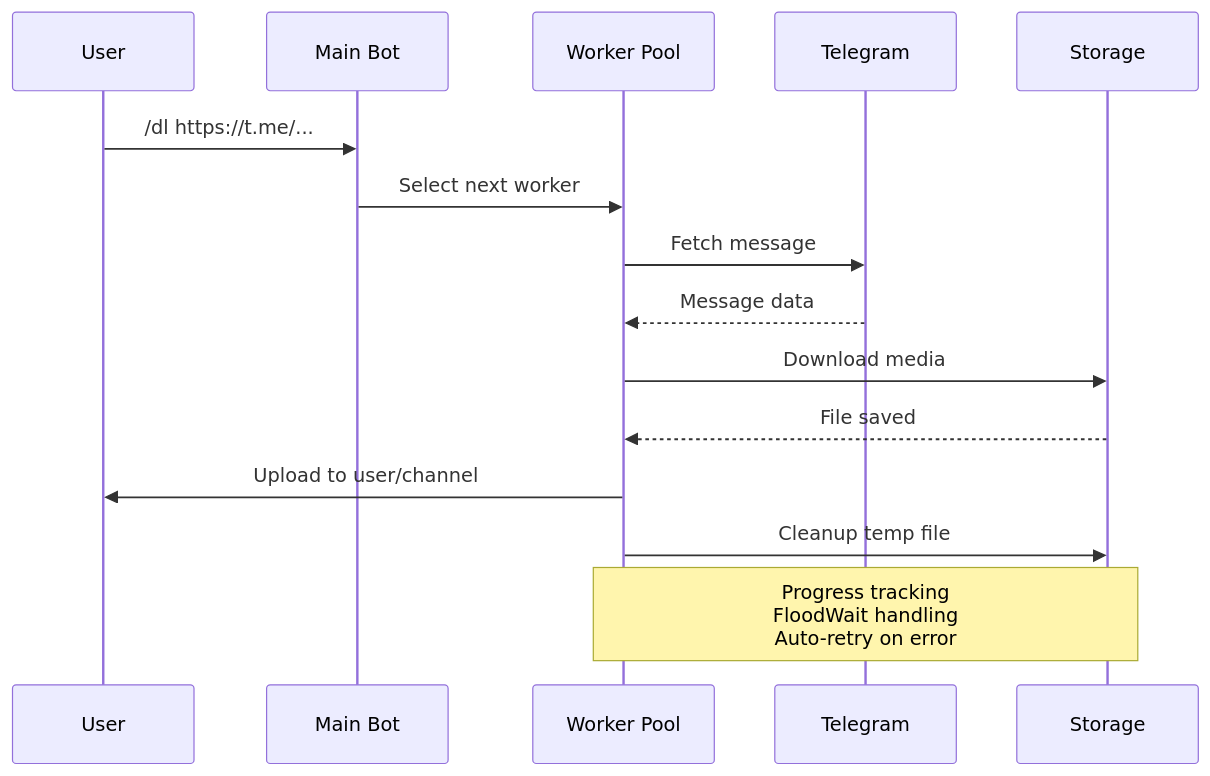
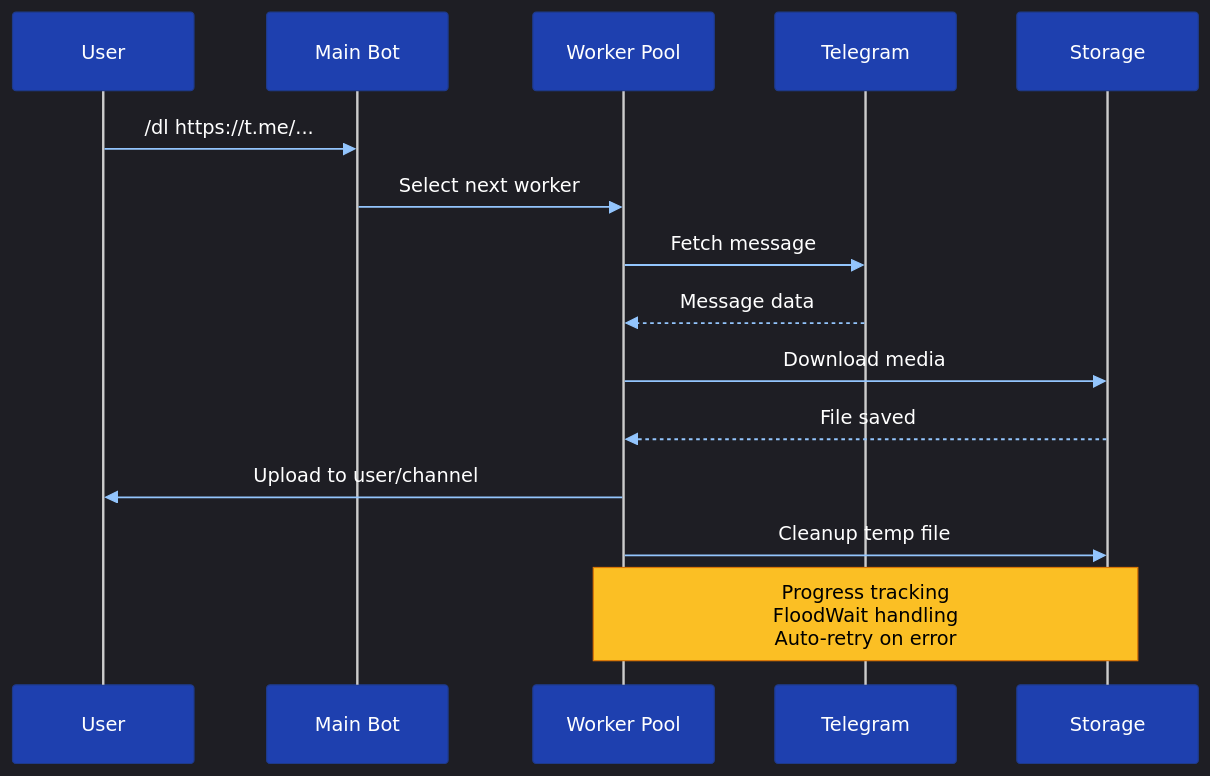
One commit to hxgzg6635jgd-art/TelegramRestrictionBypass changed the third of 4 diagrams in README.md. Above: the diagram before and after it, drawn with Mermaid. The commit also changed other lines of this file and 2 other files, not shown here.

````diff
--- a/README.md
+++ b/README.md
@@ -576,19 +638,20 @@
 ```mermaid
+%%{init: {'theme':'dark', 'themeVariables': { 'primaryColor':'#60a5fa','primaryTextColor':'#fff','primaryBorderColor':'#2563eb','lineColor':'#93c5fd','secondaryColor':'#3b82f6','actorBkg':'#1e40af','actorBorder':'#1e3a8a','actorTextColor':'#fff','signalColor':'#93c5fd','signalTextColor':'#fff','labelBoxBkgColor':'#1e40af','labelBoxBorderColor':'#1e3a8a','labelTextColor':'#fff','noteBkgColor':'#fbbf24','noteBorderColor':'#d97706','noteTextColor':'#000'}}}%%
 sequenceDiagram
     participant U as User
     participant M as Main Bot
     participant W as Worker Pool
     participant T as Telegram
     participant S as Storage
 
     U->>M: /dl https://t.me/...
     M->>W: Select next worker
     W->>T: Fetch message
     T-->>W: Message data
     W->>S: Download media
     S-->>W: File saved
     W->>U: Upload to user/channel
     W->>S: Cleanup temp file
 
     Note over W,S: Progress tracking<br/>FloodWait handling<br/>Auto-retry on error
 ```
````
